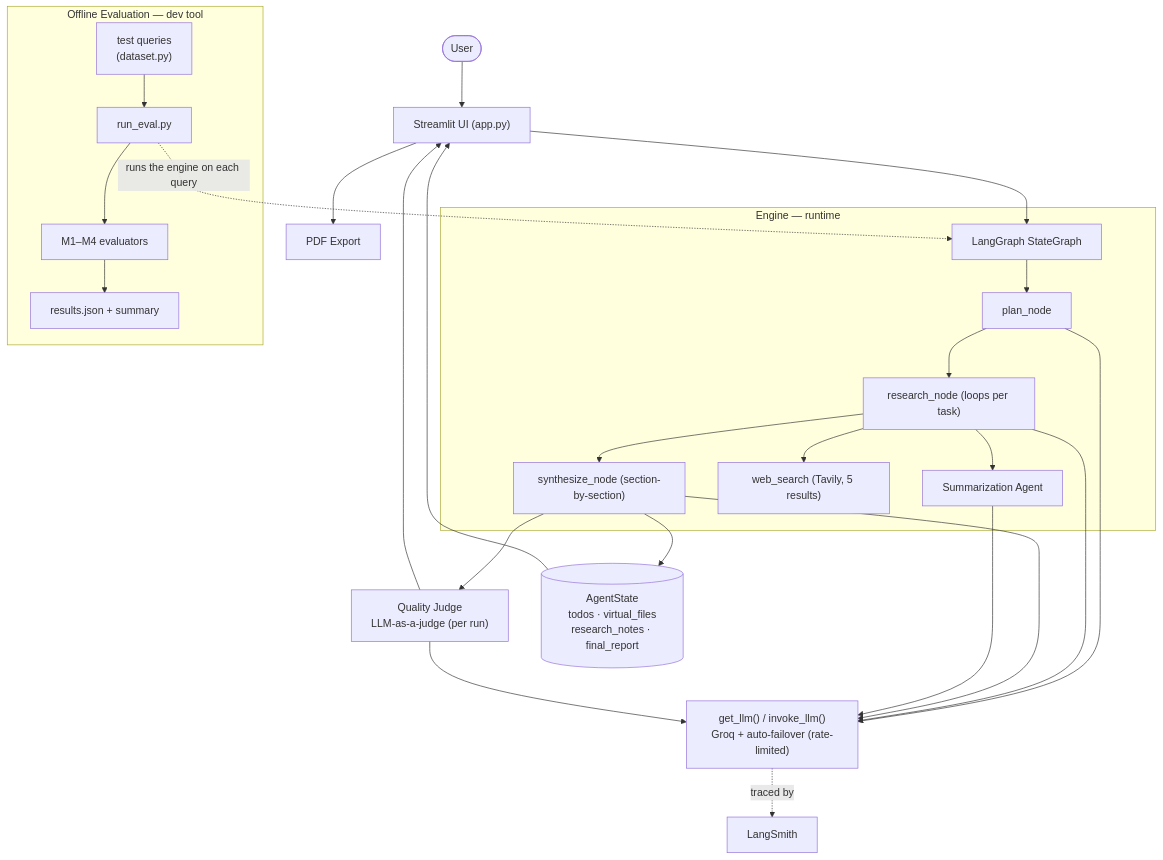
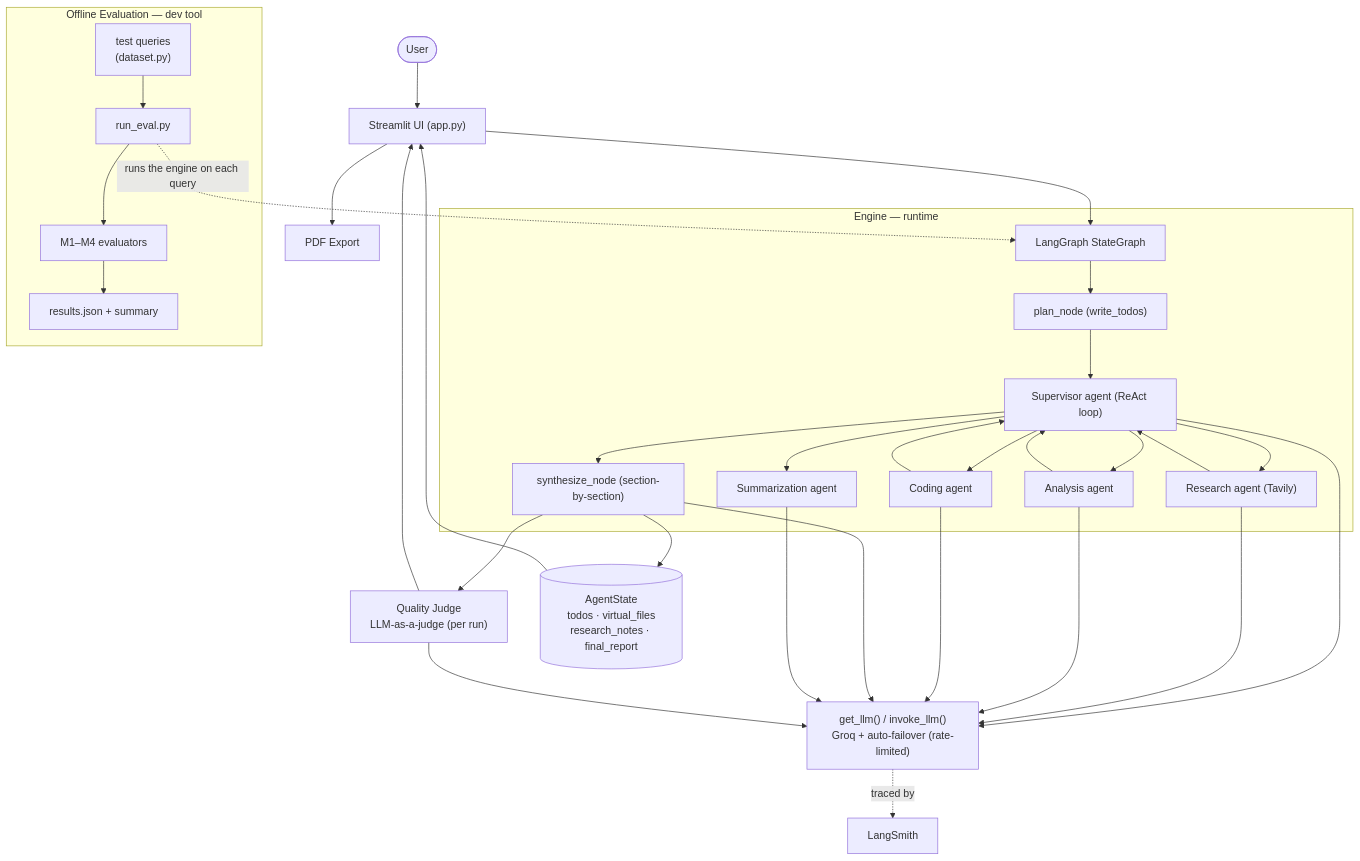
The first of 3 diagrams in README.md (Subhashreepattnaik/Autonomous_Cognitive_Engine), drawn with Mermaid before and after one commit. The commit also changed other lines of this file and 1 other file, not shown here.

Commit message:
Supervisor architecture with 4 sub-agents; updated UI, eval, and docs

````diff
--- a/README.md
+++ b/README.md
@@ -51,33 +54,40 @@
 ```mermaid
 graph TD
     User([User]) --> UI["Streamlit UI (app.py)"]
     UI --> Graph["LangGraph StateGraph"]
 
     subgraph engine["Engine — runtime"]
-      Graph --> Plan["plan_node"]
-      Plan --> Research["research_node (loops per task)"]
-      Research --> Synth["synthesize_node (section-by-section)"]
-      Research --> Tavily["web_search (Tavily, 5 results)"]
-      Research --> Summ["Summarization Agent"]
+      Graph --> Plan["plan_node (write_todos)"]
+      Plan --> Sup["Supervisor agent (ReAct loop)"]
+      Sup --> Research["Research agent (Tavily)"]
+      Sup --> Summ["Summarization agent"]
+      Sup --> Analyze["Analysis agent"]
+      Sup --> Code["Coding agent"]
+      Research --> Sup
+      Analyze --> Sup
+      Code --> Sup
+      Sup --> Synth["synthesize_node (section-by-section)"]
     end
 
     Synth --> Judge["Quality Judge<br/>LLM-as-a-judge (per run)"]
     Judge --> UI
     Synth --> State[("AgentState<br/>todos · virtual_files<br/>research_notes · final_report")]
     State --> UI
     UI --> PDF["PDF Export"]
 
-    Plan --> LLM["get_llm() / invoke_llm()<br/>Groq + auto-failover (rate-limited)"]
+    Sup --> LLM["get_llm() / invoke_llm()<br/>Groq + auto-failover (rate-limited)"]
     Research --> LLM
+    Analyze --> LLM
+    Code --> LLM
     Synth --> LLM
     Summ --> LLM
     Judge --> LLM
     LLM -. "traced by" .-> LS["LangSmith"]
 
     subgraph evalsuite["Offline Evaluation — dev tool"]
       Data["test queries<br/>(dataset.py)"] --> Runner["run_eval.py"]
       Runner --> Evs["M1–M4 evaluators"]
       Evs --> Results["results.json + summary"]
     end
     Runner -. "runs the engine on each query" .-> Graph
 ```
````
